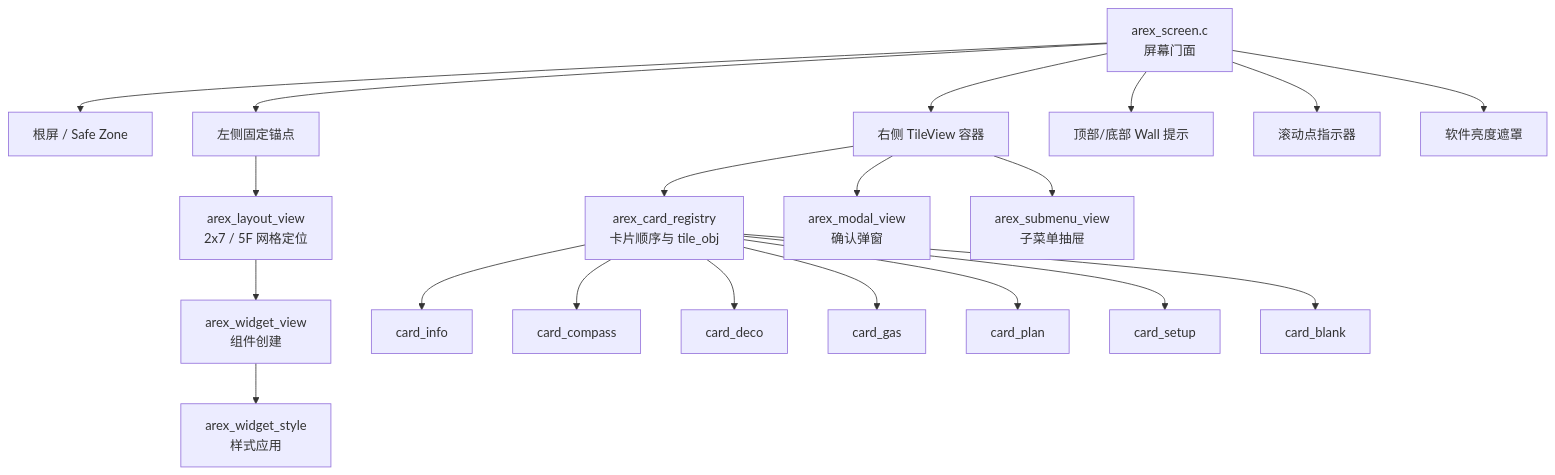
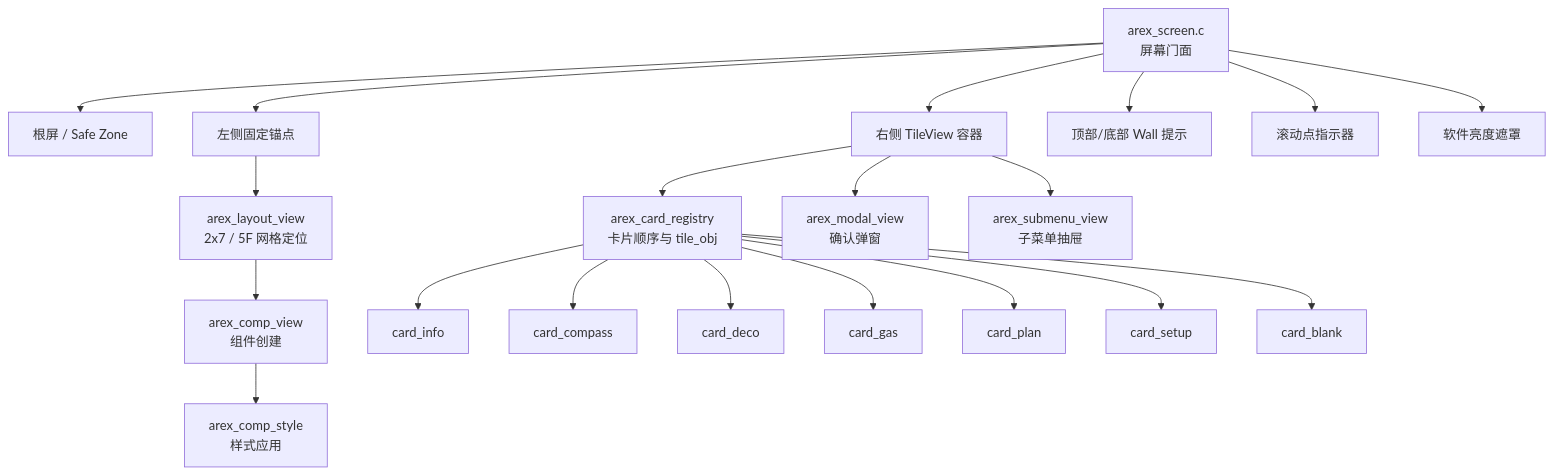
Before and after one commit to arexvision/lv_port_win_codeblocks-release-v8.3_hasGroup: the third of 6 diagrams in UI_html_DOC/AREX_UI_MODULE_MAP.md, drawn with Mermaid. The commit also changed other lines of this file and 17 other files, not shown here.

````diff
--- a/UI_html_DOC/AREX_UI_MODULE_MAP.md
+++ b/UI_html_DOC/AREX_UI_MODULE_MAP.md
@@ -64,25 +64,25 @@
 ```mermaid
 flowchart TB
     Screen["arex_screen.c<br/>屏幕门面"] --> Root["根屏 / Safe Zone"]
     Screen --> Left["左侧固定锚点"]
     Screen --> Right["右侧 TileView 容器"]
     Screen --> Walls["顶部/底部 Wall 提示"]
     Screen --> Dots["滚动点指示器"]
     Screen --> Brightness["软件亮度遮罩"]
 
     Left --> LayoutGrid["arex_layout_view<br/>2x7 / 5F 网格定位"]
-    LayoutGrid --> WidgetFactory["arex_widget_view<br/>组件创建"]
-    WidgetFactory --> WidgetStyle["arex_widget_style<br/>样式应用"]
+    LayoutGrid --> WidgetFactory["arex_comp_view<br/>组件创建"]
+    WidgetFactory --> WidgetStyle["arex_comp_style<br/>样式应用"]
 
     Right --> Registry["arex_card_registry<br/>卡片顺序与 tile_obj"]
     Registry --> Info["card_info"]
     Registry --> Compass["card_compass"]
     Registry --> Deco["card_deco"]
     Registry --> Gas["card_gas"]
     Registry --> Plan["card_plan"]
     Registry --> Setup["card_setup"]
     Registry --> Blank["card_blank"]
 
     Right --> Modal["arex_modal_view<br/>确认弹窗"]
     Right --> Submenu["arex_submenu_view<br/>子菜单抽屉"]
 ```
````
